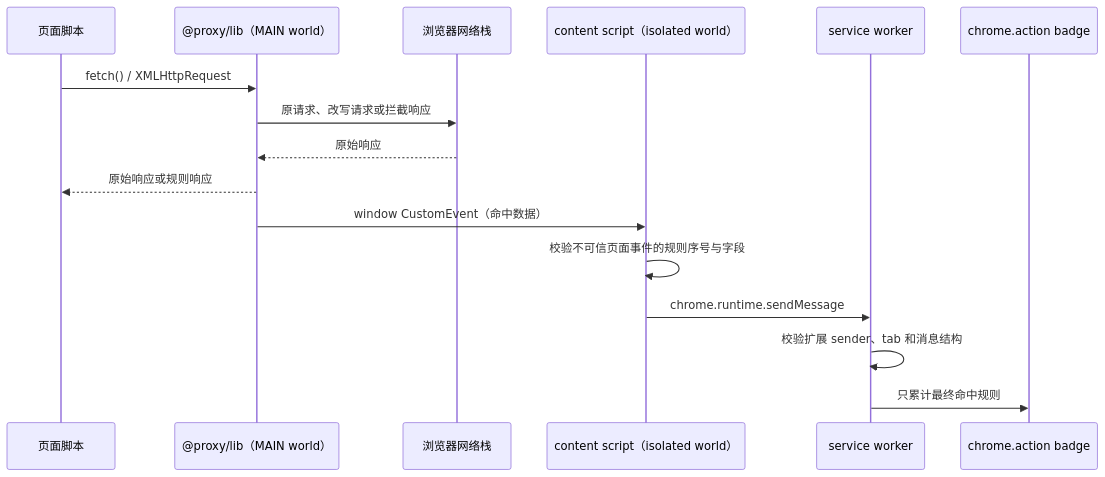
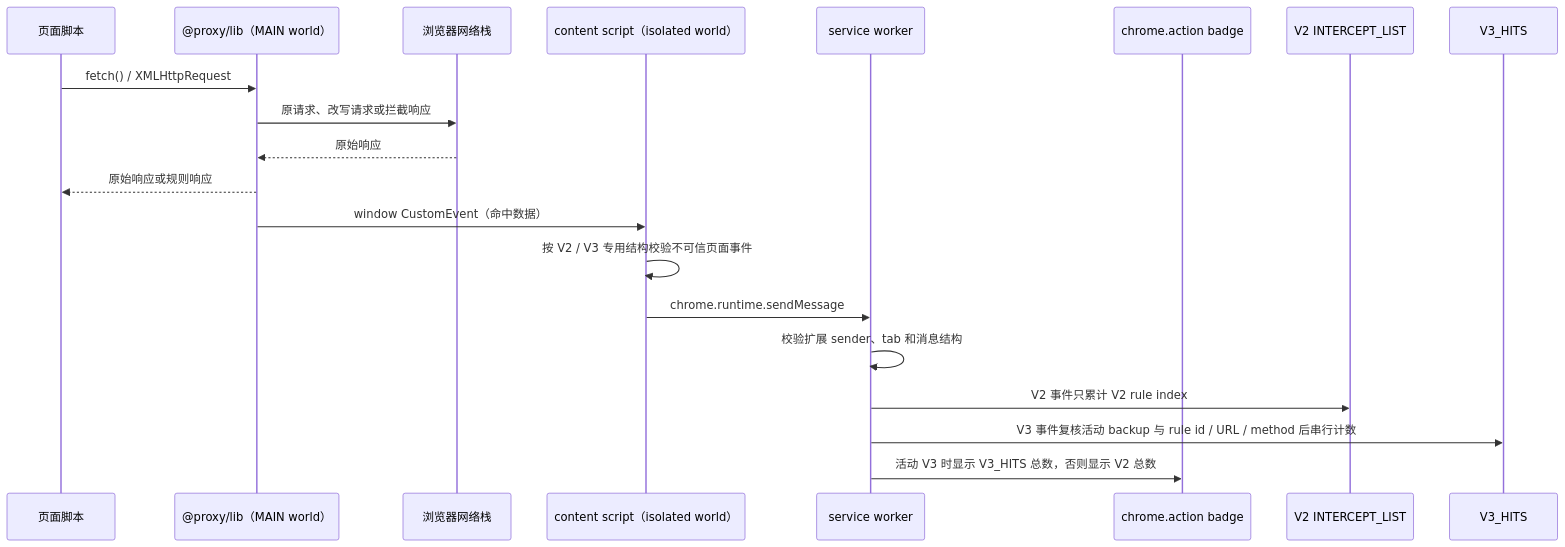
One commit to Nyakooo/ajax-proxy changed the fourth of 4 diagrams in docs/V3-ARCHITECTURE-ASSESSMENT.zh.md. Above: the diagram before and after it, drawn with Mermaid. The commit also changed other lines of this file and 2 other files, not shown here.

Commit message:
docs: align V3 runtime and hit boundaries

````diff
--- a/docs/V3-ARCHITECTURE-ASSESSMENT.zh.md
+++ b/docs/V3-ARCHITECTURE-ASSESSMENT.zh.md
@@ -150,19 +150,23 @@
 ```mermaid
 sequenceDiagram
   participant Page as 页面脚本
   participant Lib as @proxy/lib（MAIN world）
   participant Network as 浏览器网络栈
   participant Content as content script（isolated world）
   participant Worker as service worker
   participant Badge as chrome.action badge
+  participant V2Store as V2 INTERCEPT_LIST
+  participant V3Store as V3_HITS
 
   Page->>Lib: fetch() / XMLHttpRequest
   Lib->>Network: 原请求、改写请求或拦截响应
   Network-->>Lib: 原始响应
   Lib-->>Page: 原始响应或规则响应
   Lib->>Content: window CustomEvent（命中数据）
-  Content->>Content: 校验不可信页面事件的规则序号与字段
+  Content->>Content: 按 V2 / V3 专用结构校验不可信页面事件
   Content->>Worker: chrome.runtime.sendMessage
   Worker->>Worker: 校验扩展 sender、tab 和消息结构
-  Worker->>Badge: 只累计最终命中规则
+  Worker->>V2Store: V2 事件只累计 V2 rule index
+  Worker->>V3Store: V3 事件复核活动 backup 与 rule id / URL / method 后串行计数
+  Worker->>Badge: 活动 V3 时显示 V3_HITS 总数，否则显示 V2 总数
 ```
````
